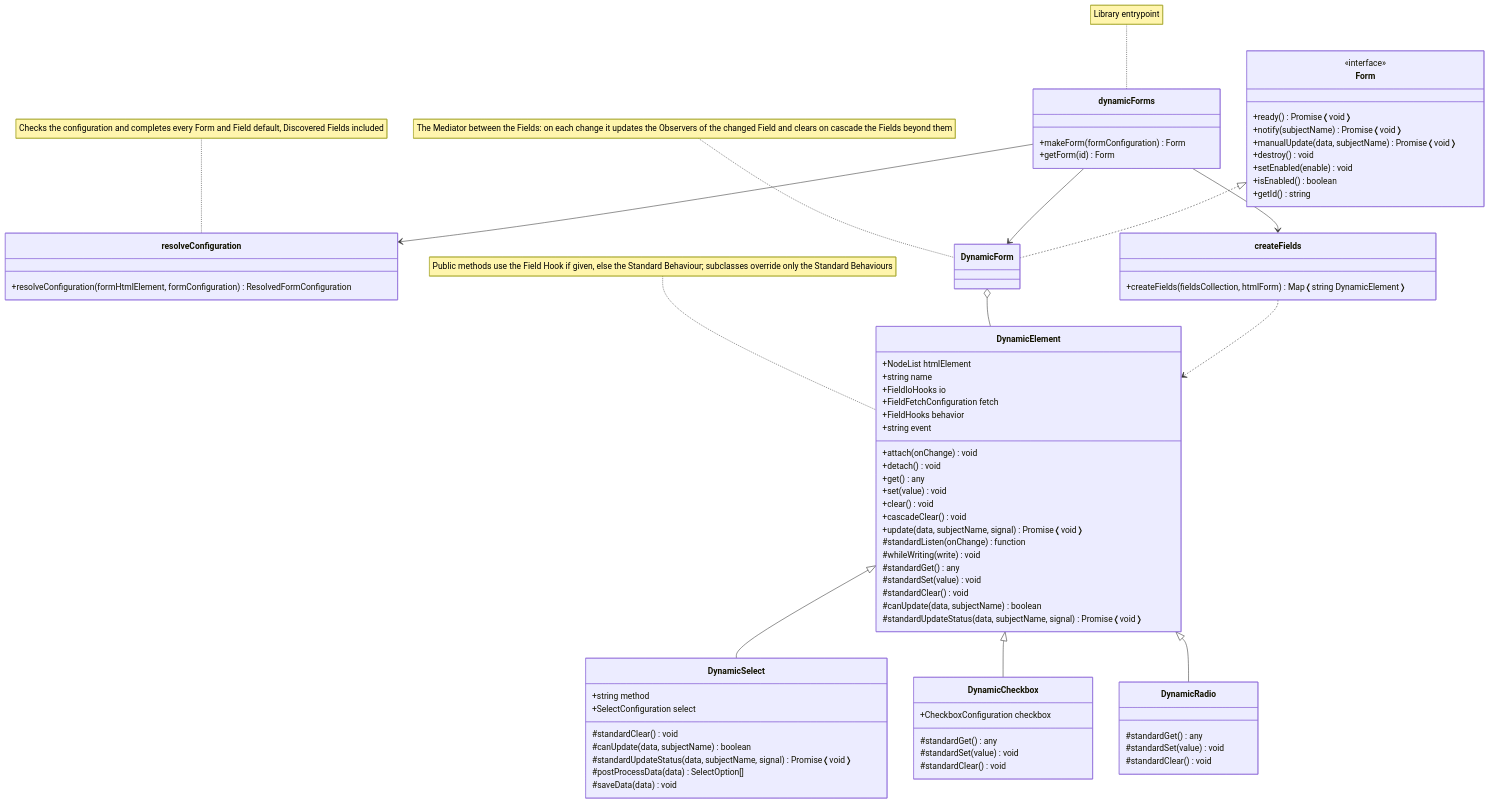
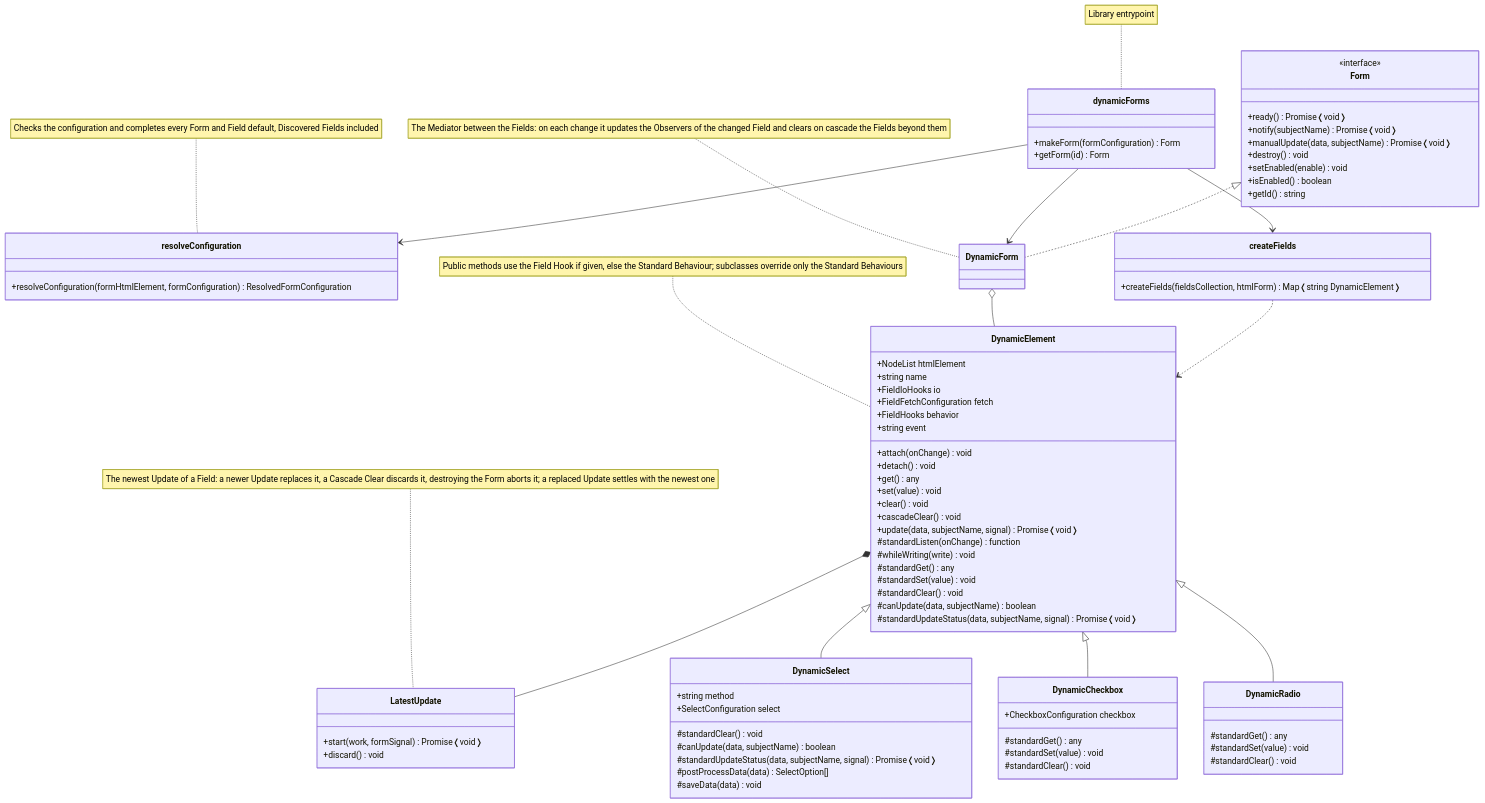
Before and after one commit to simomosi/dynamic-forms: the diagram in docs/dev/architecture.md, drawn with Mermaid. The commit also changed 4 other files, not shown here.

First line of the commit message:
Move a Field's Update lifecycle into LatestUpdate

```diff
--- a/docs/dev/architecture.md
+++ b/docs/dev/architecture.md
@@ -63,6 +63,13 @@
 
     note for DynamicElement "Public methods use the Field Hook if given, else the Standard Behaviour; subclasses override only the Standard Behaviours"
 
+    class LatestUpdate {
+        +start(work, formSignal) Promise❬void❭
+        +discard() void
+    }
+
+    note for LatestUpdate "The newest Update of a Field: a newer Update replaces it, a Cascade Clear discards it, destroying the Form aborts it; a replaced Update settles with the newest one"
+
     class DynamicSelect {
         +string method
         +SelectConfiguration select
@@ -92,6 +99,7 @@
 
     Form <|.. DynamicForm
     DynamicForm o-- DynamicElement
+    DynamicElement *-- LatestUpdate
     createFields ..> DynamicElement
 
     DynamicElement <|-- DynamicSelect
```
